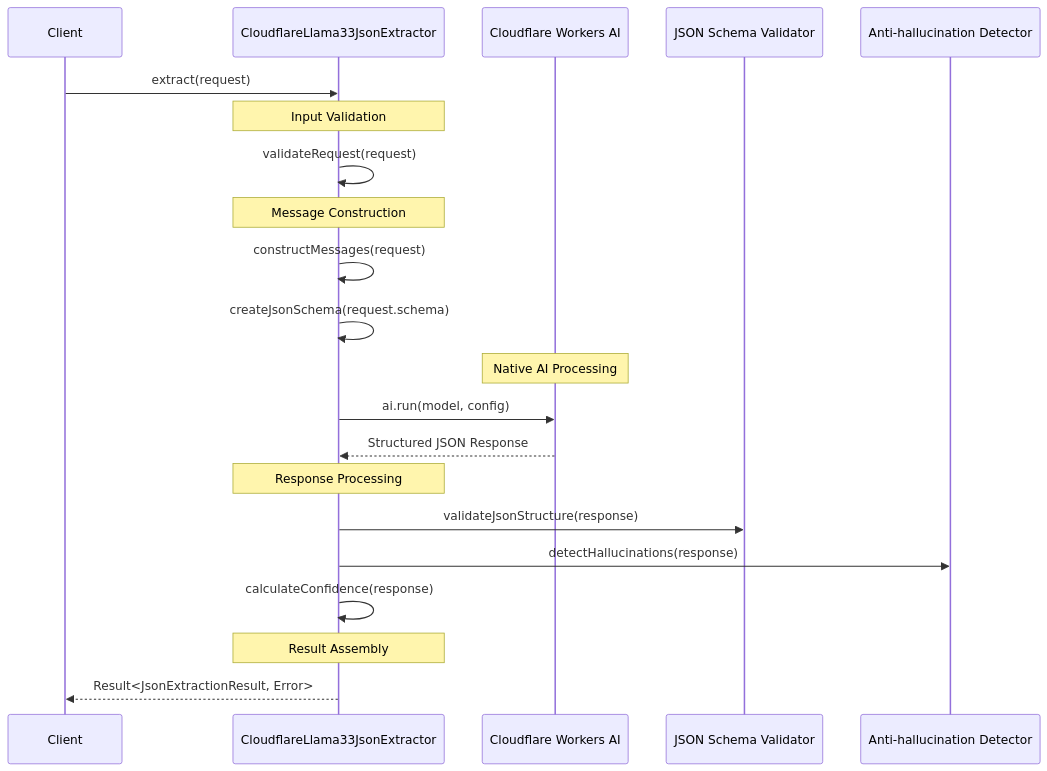
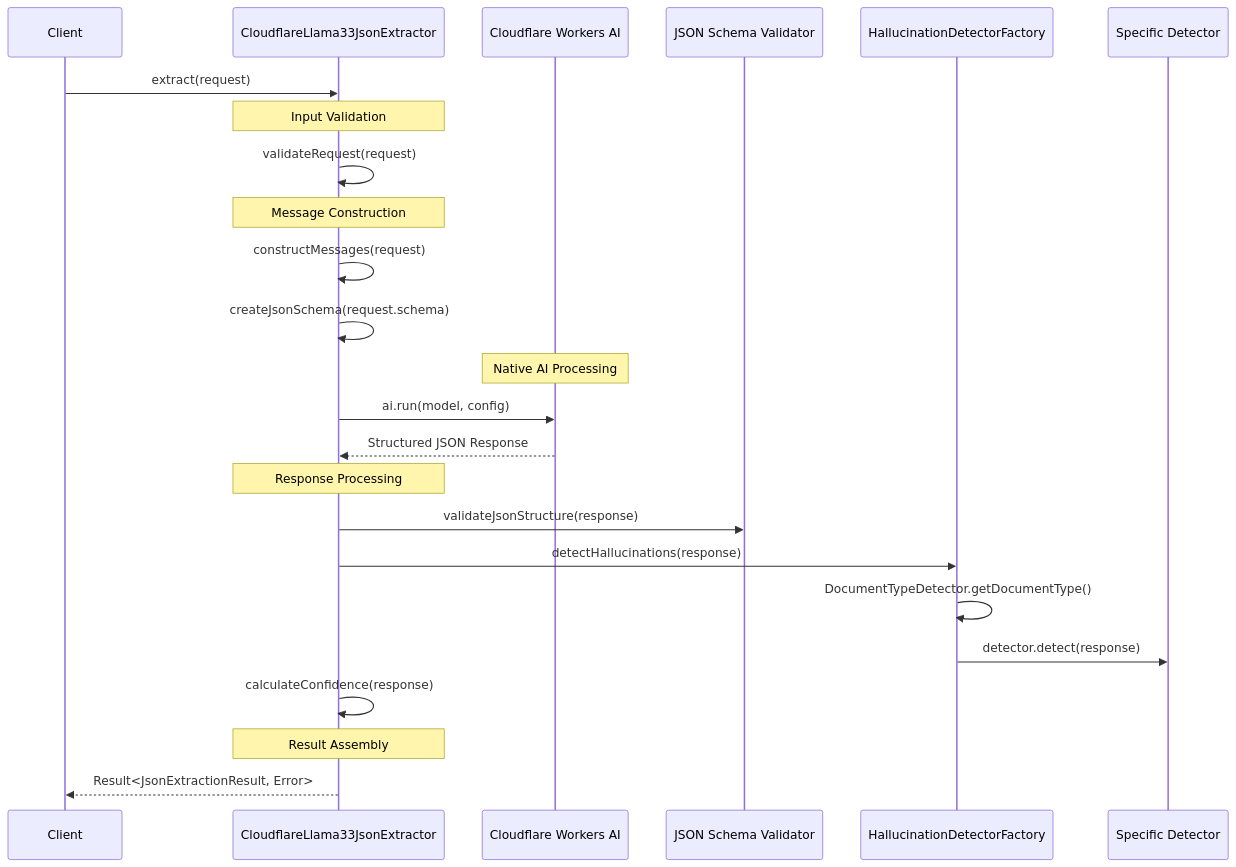
One commit to o2alexanderfedin/OCRChecksServer-demo changed the fifth of 7 diagrams in docs/features/json-extraction/cloudflare-json-extractor-design.md. Above: the diagram before and after it, drawn with Mermaid. The commit also changed other lines of this file and 3 other files, not shown here.

First line of the commit message:
docs: update architecture documentation for SOLID hallucination detection refactoring

````diff
--- a/docs/features/json-extraction/cloudflare-json-extractor-design.md
+++ b/docs/features/json-extraction/cloudflare-json-extractor-design.md
@@ -179,29 +179,32 @@
 ```mermaid
 sequenceDiagram
     participant Client
     participant Extractor as CloudflareLlama33JsonExtractor
     participant AI as Cloudflare Workers AI
     participant Schema as JSON Schema Validator
-    participant Anti as Anti-hallucination Detector
+    participant Factory as HallucinationDetectorFactory
+    participant Detector as Specific Detector
     
     Client->>Extractor: extract(request)
     
     Note over Extractor: Input Validation
     Extractor->>Extractor: validateRequest(request)
     
     Note over Extractor: Message Construction
     Extractor->>Extractor: constructMessages(request)
     Extractor->>Extractor: createJsonSchema(request.schema)
     
     Note over AI: Native AI Processing
     Extractor->>AI: ai.run(model, config)
     AI-->>Extractor: Structured JSON Response
     
     Note over Extractor: Response Processing
     Extractor->>Schema: validateJsonStructure(response)
-    Extractor->>Anti: detectHallucinations(response)
+    Extractor->>Factory: detectHallucinations(response)
+    Factory->>Factory: DocumentTypeDetector.getDocumentType()
+    Factory->>Detector: detector.detect(response)
     Extractor->>Extractor: calculateConfidence(response)
     
     Note over Extractor: Result Assembly
     Extractor-->>Client: Result<JsonExtractionResult, Error>
 ```
````
